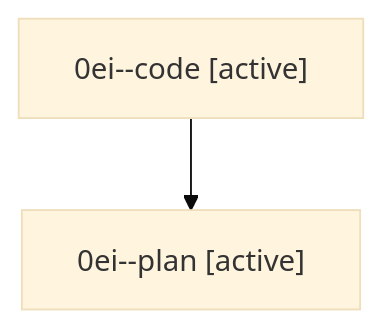
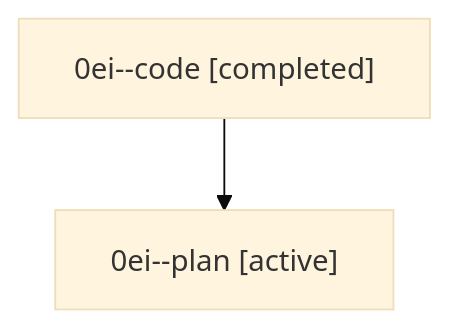
The diagram in sessions/bbugyi200.athena.0ei.md (bobs-org/bob-cli--agents), drawn with Mermaid (base theme) before and after one commit. The commit also changed other lines of this file and 18 other files, not shown here.

````diff
--- a/sessions/bbugyi200.athena.0ei.md
+++ b/sessions/bbugyi200.athena.0ei.md
@@ -9,6 +9,6 @@
 ```mermaid
 flowchart TD
-  n0["0ei--code [active]"]
+  n0["0ei--code [completed]"]
   n1["0ei--plan [active]"]
   n0 --> n1
 ```
````
